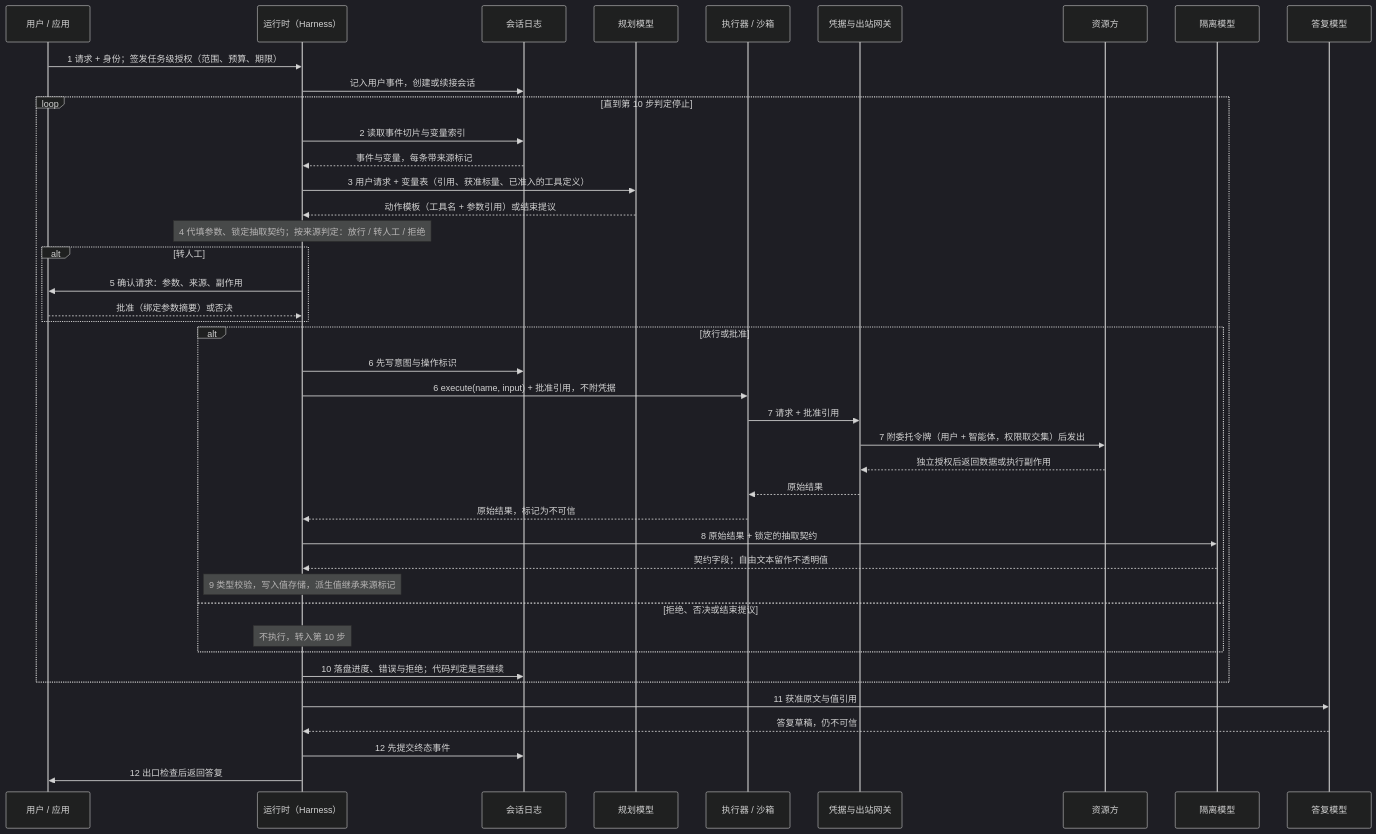
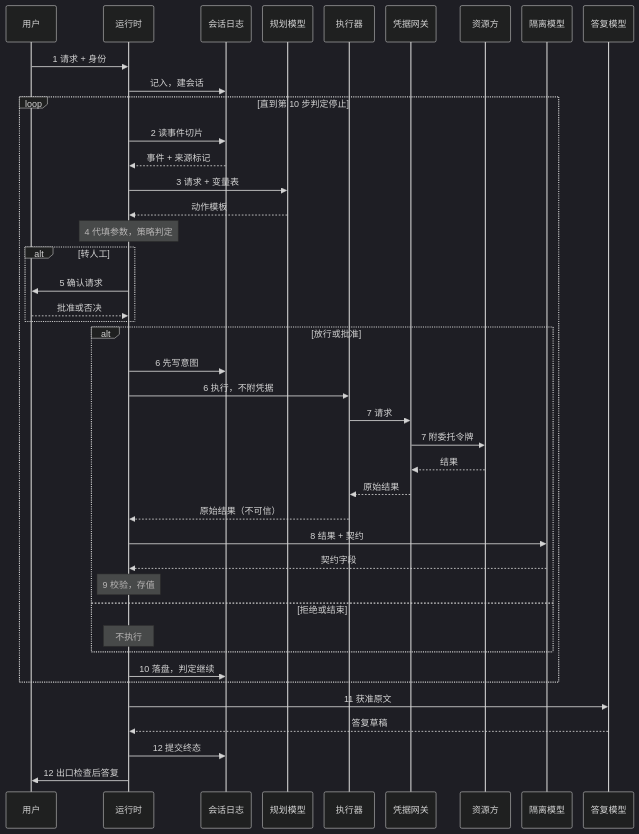
Before and after one commit to yeasy/ai_security_guide: the diagram in 14_agent_practice/14.5_security_panorama.md, drawn with Mermaid (dark theme). The commit also changed other lines of this file and 13 other files, not shown here.

````diff
--- a/14_agent_practice/14.5_security_panorama.md
+++ b/14_agent_practice/14.5_security_panorama.md
@@ -79,44 +79,45 @@
 ```mermaid
+%%{init: {"sequence": {"width": 90, "actorMargin": 20}}}%%
 sequenceDiagram
-    participant U as 用户 / 应用
-    participant H as 运行时（Harness）
+    participant U as 用户
+    participant H as 运行时
     participant S as 会话日志
     participant P as 规划模型
-    participant E as 执行器 / 沙箱
-    participant X as 凭据与出站网关
+    participant E as 执行器
+    participant X as 凭据网关
     participant R as 资源方
     participant Q as 隔离模型
     participant A as 答复模型
-    U->>H: 1 请求 + 身份；签发任务级授权（范围、预算、期限）
-    H->>S: 记入用户事件，创建或续接会话
+    U->>H: 1 请求 + 身份
+    H->>S: 记入，建会话
     loop 直到第 10 步判定停止
-        H->>S: 2 读取事件切片与变量索引
-        S-->>H: 事件与变量，每条带来源标记
-        H->>P: 3 用户请求 + 变量表（引用、获准标量、已准入的工具定义）
-        P-->>H: 动作模板（工具名 + 参数引用）或结束提议
-        Note over H: 4 代填参数、锁定抽取契约；按来源判定：放行 / 转人工 / 拒绝
+        H->>S: 2 读事件切片
+        S-->>H: 事件 + 来源标记
+        H->>P: 3 请求 + 变量表
+        P-->>H: 动作模板
+        Note over H: 4 代填参数，策略判定
         alt 转人工
-            H->>U: 5 确认请求：参数、来源、副作用
-            U-->>H: 批准（绑定参数摘要）或否决
+            H->>U: 5 确认请求
+            U-->>H: 批准或否决
         end
         alt 放行或批准
-            H->>S: 6 先写意图与操作标识
-            H->>E: 6 execute(name, input) + 批准引用，不附凭据
-            E->>X: 7 请求 + 批准引用
-            X->>R: 7 附委托令牌（用户 + 智能体，权限取交集）后发出
-            R-->>X: 独立授权后返回数据或执行副作用
+            H->>S: 6 先写意图
+            H->>E: 6 执行，不附凭据
+            E->>X: 7 请求
+            X->>R: 7 附委托令牌
+            R-->>X: 结果
             X-->>E: 原始结果
-            E-->>H: 原始结果，标记为不可信
-            H->>Q: 8 原始结果 + 锁定的抽取契约
-            Q-->>H: 契约字段；自由文本留作不透明值
-            Note over H: 9 类型校验，写入值存储，派生值继承来源标记
-        else 拒绝、否决或结束提议
-            Note over H: 不执行，转入第 10 步
+            E-->>H: 原始结果（不可信）
+            H->>Q: 8 结果 + 契约
+            Q-->>H: 契约字段
+            Note over H: 9 校验，存值
+        else 拒绝或结束
+            Note over H: 不执行
         end
-        H->>S: 10 落盘进度、错误与拒绝；代码判定是否继续
+        H->>S: 10 落盘，判定继续
     end
-    H->>A: 11 获准原文与值引用
-    A-->>H: 答复草稿，仍不可信
-    H->>S: 12 先提交终态事件
-    H->>U: 12 出口检查后返回答复
+    H->>A: 11 获准原文
+    A-->>H: 答复草稿
+    H->>S: 12 提交终态
+    H->>U: 12 出口检查后答复
 ```
````
